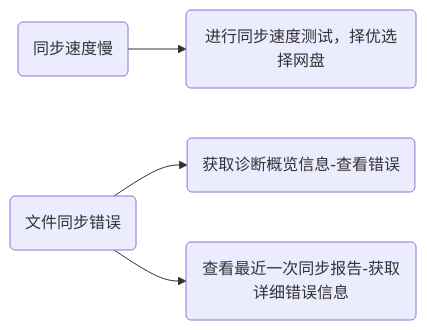
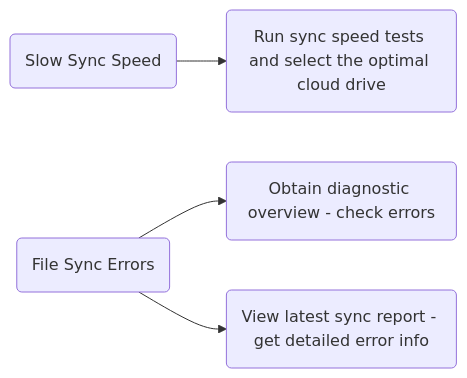
One commit to abcamus/sync-vault-doc changed the diagram in content/faq.md. Above: the diagram before and after it, drawn with Mermaid. The commit also changed other lines of this file and 30 other files, not shown here.

````diff
--- a/content/faq.md
+++ b/content/faq.md
@@ -26,12 +31,10 @@
 ```mermaid
-graph LR
-Q2(同步速度慢)
-Q1(文件同步错误)
-
-A1(进行同步速度测试，择优选择网盘)
-A2(获取诊断概览信息-查看错误)
-A3(查看最近一次同步报告-获取详细错误信息)
-
-Q1-->A2 & A3
+graph LR 
+Q2(Slow Sync Speed) 
+Q1(File Sync Errors) 
+A1(Run sync speed tests and select the optimal cloud drive) 
+A2(Obtain diagnostic overview - check errors) 
+A3(View latest sync report - get detailed error info) 
+Q1-->A2 & A3 
 Q2-->A1
 ```
````
